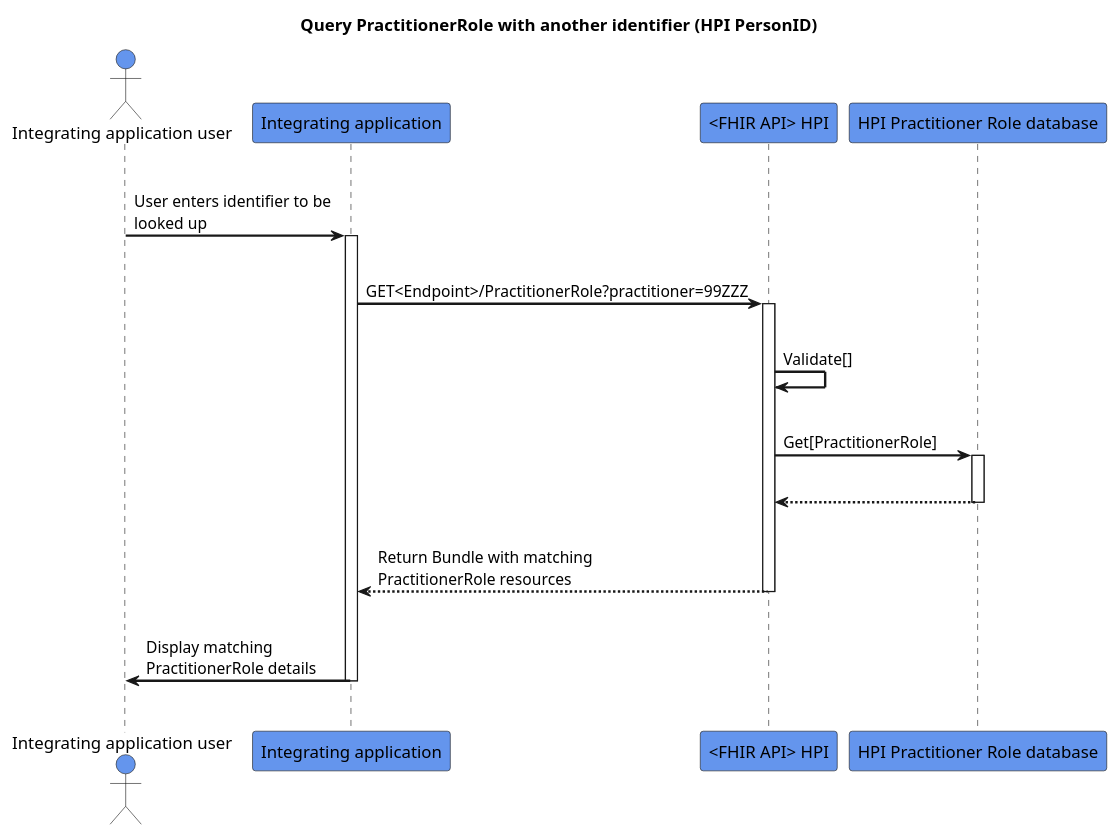
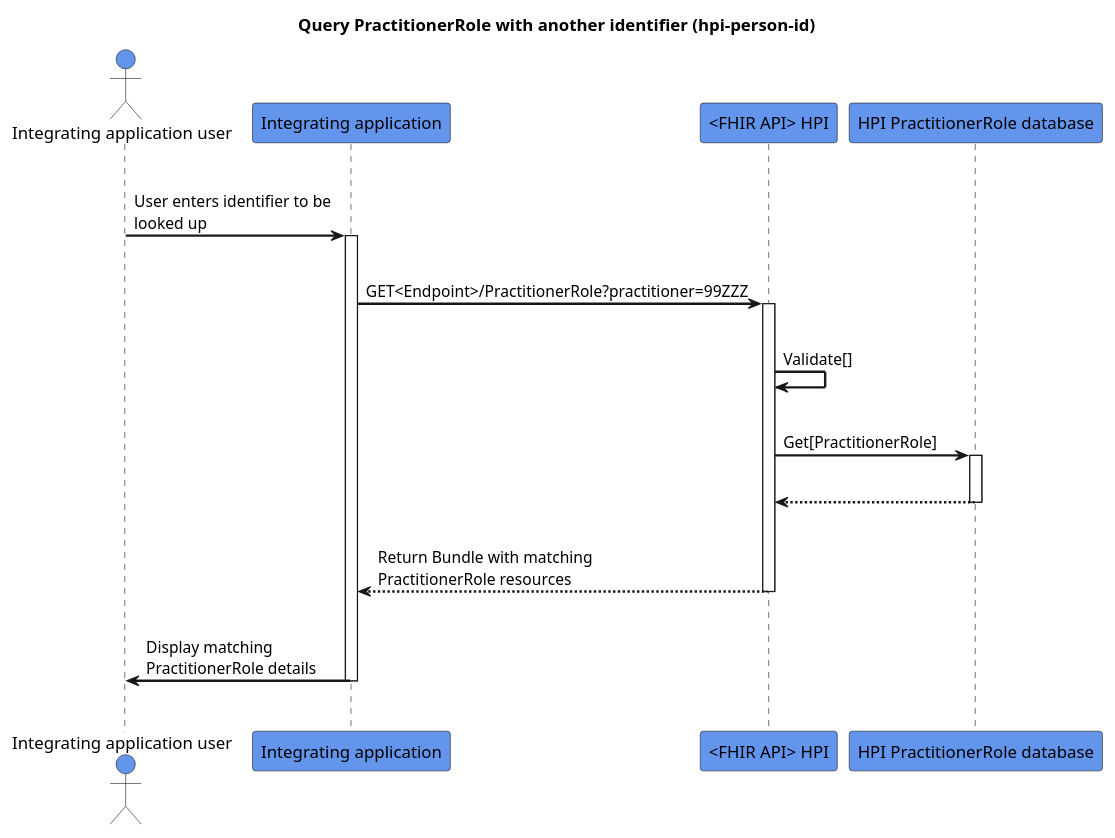
Before and after one commit to HL7NZ/hpi: the diagram in input/images-source/query-practitionerrole.plantuml, drawn with PlantUML.

```diff
--- a/input/images-source/query-practitionerrole.plantuml
+++ b/input/images-source/query-practitionerrole.plantuml
@@ -1,32 +1,32 @@
 @startuml
 skinparam sequenceArrowThickness 2
 skinparam roundcorner 5
 skinparam maxmessagesize 180
 skinparam sequenceParticipant bold
-title Query PractitionerRole with another identifier (HPI PersonID)
+title Query PractitionerRole with another identifier (hpi-person-id)
 actor "Integrating application user" as User #CornflowerBlue
 participant "Integrating application" as A #CornflowerBlue
 participant "<FHIR API> HPI" as B #CornflowerBlue
-participant "HPI Practitioner Role database" as C #CornflowerBlue
+participant "HPI PractitionerRole database" as C #CornflowerBlue
 |||
 User -> A: User enters identifier to be looked up
 activate A
 |||
 A -> B: GET<Endpoint>/PractitionerRole?practitioner=99ZZZ
 activate B
 |||
 B -> B: Validate[]
 |||
 B -> C: Get[PractitionerRole]
 activate C
 |||
 C -[dashed]-> B:  
 deactivate C
 |||
 B -[dashed]-> A:Return Bundle with matching PractitionerRole resources
 deactivate B
 |||
 A -> User: Display matching PractitionerRole details
 deactivate A
 |||
 @enduml
```
